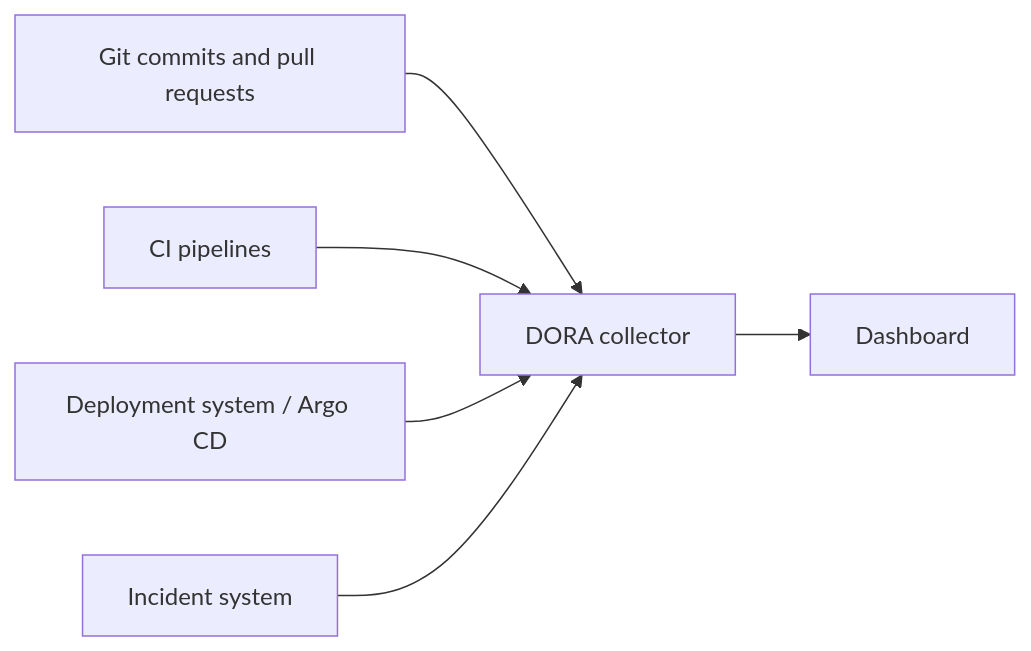
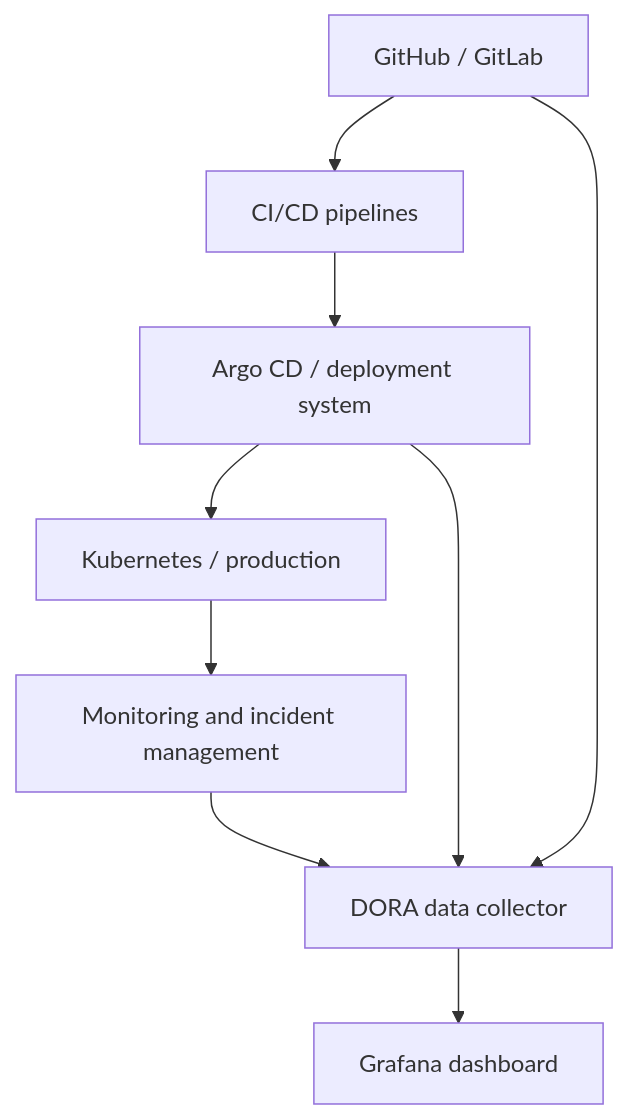
The diagram in ci-cd/dora-metrics.md (mstrugarevic1/docs), drawn with Mermaid before and after one commit. The commit also changed other lines of this file and 1 other file, not shown here.

Commit message:
Update DORA metrics guide

````diff
--- a/ci-cd/dora-metrics.md
+++ b/ci-cd/dora-metrics.md
@@ -135,8 +174,11 @@
 ```mermaid
-flowchart LR
-  git[Git commits and pull requests] --> collector[DORA collector]
-  ci[CI pipelines] --> collector
-  cd[Deployment system / Argo CD] --> collector
-  incidents[Incident system] --> collector
-  collector --> dashboard[Dashboard]
+flowchart TD
+  git[GitHub / GitLab] --> ci[CI/CD pipelines]
+  ci --> deploy[Argo CD / deployment system]
+  deploy --> prod[Kubernetes / production]
+  prod --> monitor[Monitoring and incident management]
+  monitor --> collector[DORA data collector]
+  deploy --> collector
+  git --> collector
+  collector --> dashboard[Grafana dashboard]
 ```
````
